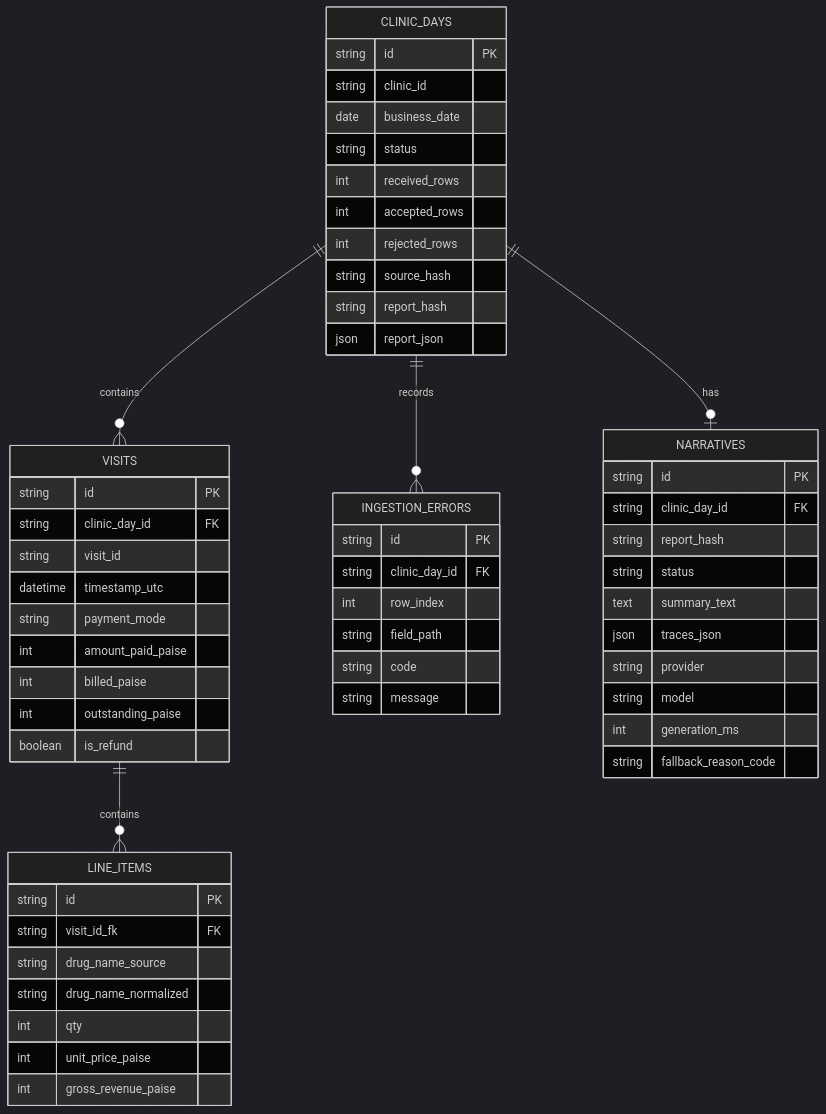
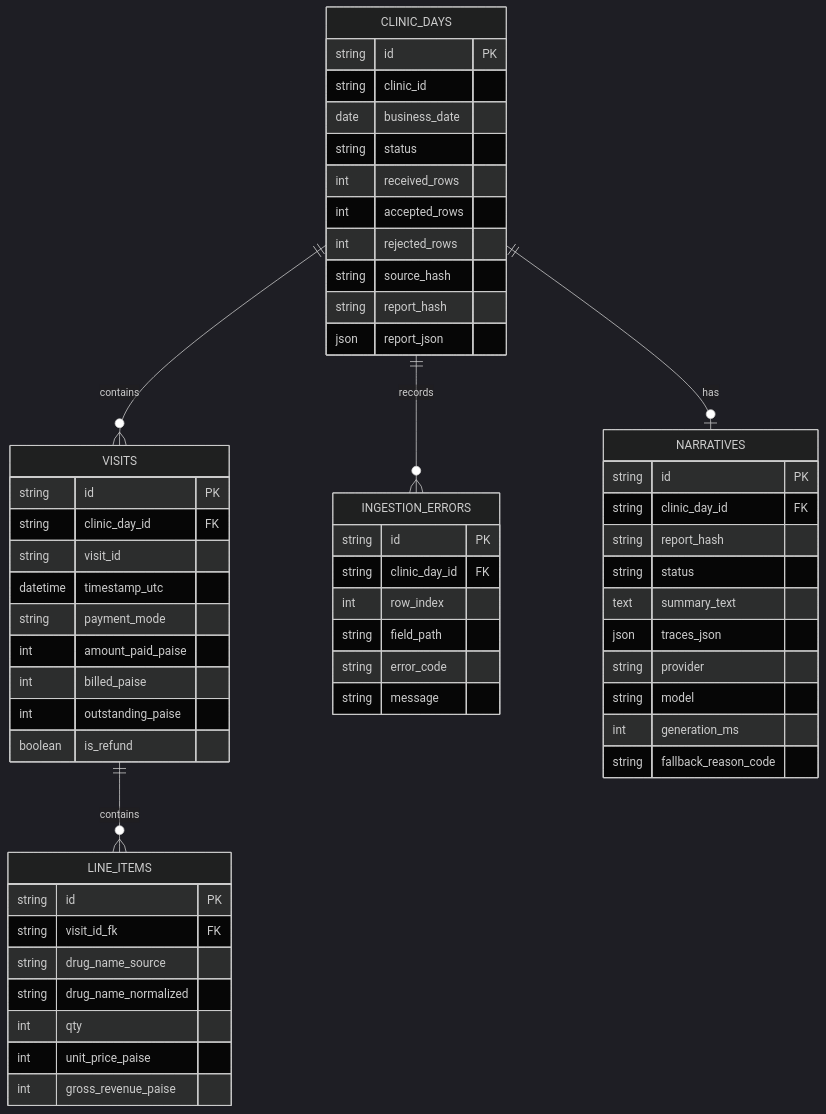
The diagram in docs/pre-coding/04_API_AND_DATA_CONTRACTS.md (satvikkesarwani/swasthiq-eod-agent), drawn with Mermaid (dark theme) before and after one commit. The commit also changed other lines of this file and 29 other files, not shown here.

````diff
--- a/docs/pre-coding/04_API_AND_DATA_CONTRACTS.md
+++ b/docs/pre-coding/04_API_AND_DATA_CONTRACTS.md
@@ -179,60 +191,60 @@
 ```mermaid
 erDiagram
     CLINIC_DAYS ||--o{ VISITS : contains
     VISITS ||--o{ LINE_ITEMS : contains
     CLINIC_DAYS ||--o{ INGESTION_ERRORS : records
     CLINIC_DAYS ||--o| NARRATIVES : has
 
     CLINIC_DAYS {
       string id PK
       string clinic_id
       date business_date
       string status
       int received_rows
       int accepted_rows
       int rejected_rows
       string source_hash
       string report_hash
       json report_json
     }
     VISITS {
       string id PK
       string clinic_day_id FK
       string visit_id
       datetime timestamp_utc
       string payment_mode
       int amount_paid_paise
       int billed_paise
       int outstanding_paise
       boolean is_refund
     }
     LINE_ITEMS {
       string id PK
       string visit_id_fk FK
       string drug_name_source
       string drug_name_normalized
       int qty
       int unit_price_paise
       int gross_revenue_paise
     }
     INGESTION_ERRORS {
       string id PK
       string clinic_day_id FK
       int row_index
       string field_path
-      string code
+      string error_code
       string message
     }
     NARRATIVES {
       string id PK
       string clinic_day_id FK
       string report_hash
       string status
       text summary_text
       json traces_json
       string provider
       string model
       int generation_ms
       string fallback_reason_code
     }
 ```
````
